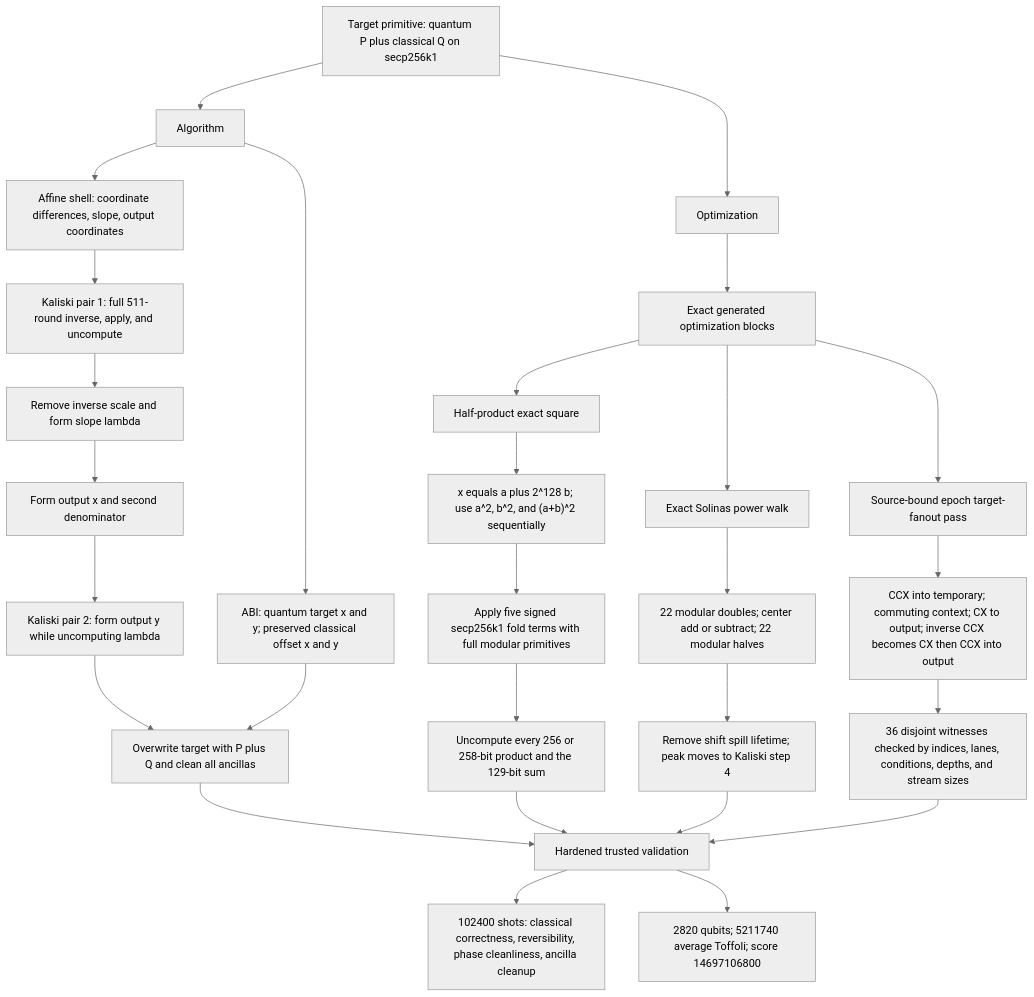
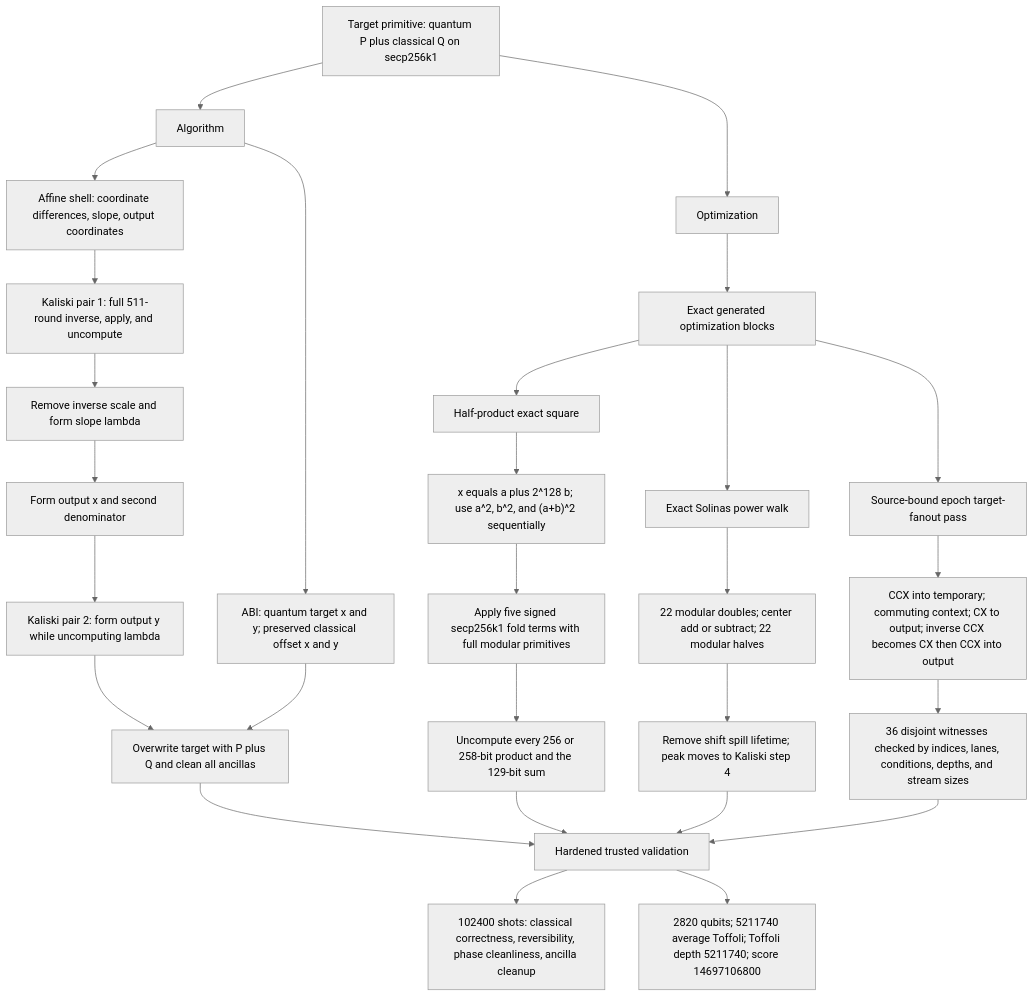
One commit to ecdlp-contest/ecdlp-point-add changed the diagram in src/point_add/architecture.mmd. Above: the diagram before and after it, drawn with Mermaid (neutral theme). The commit also changed 4 other files, not shown here.

```diff
--- a/src/point_add/architecture.mmd
+++ b/src/point_add/architecture.mmd
@@ -1,36 +1,36 @@
 flowchart TD
   Target["Target primitive: quantum P plus classical Q on secp256k1"]
   Algorithm["Algorithm"]
   Optimization["Optimization"]
   Target --> Algorithm
   Target --> Optimization
   Algorithm --> Contract["ABI: quantum target x and y; preserved classical offset x and y"]
   Algorithm --> Affine["Affine shell: coordinate differences, slope, output coordinates"]
   Optimization --> Exact["Exact generated optimization blocks"]
 
   Affine --> Pair1["Kaliski pair 1: full 511-round inverse, apply, and uncompute"]
   Pair1 --> Lambda["Remove inverse scale and form slope lambda"]
   Lambda --> XCoord["Form output x and second denominator"]
   XCoord --> Pair2["Kaliski pair 2: form output y while uncomputing lambda"]
   Pair2 --> Result["Overwrite target with P plus Q and clean all ancillas"]
   Contract --> Result
 
   Exact --> Square["Half-product exact square"]
   Square --> Identity["x equals a plus 2^128 b; use a^2, b^2, and (a+b)^2 sequentially"]
   Identity --> Fold["Apply five signed secp256k1 fold terms with full modular primitives"]
   Fold --> Bennett["Uncompute every 256 or 258-bit product and the 129-bit sum"]
 
   Exact --> Solinas["Exact Solinas power walk"]
   Solinas --> Walk["22 modular doubles; center add or subtract; 22 modular halves"]
   Walk --> Peak["Remove shift spill lifetime; peak moves to Kaliski step 4"]
 
   Exact --> Fanout["Source-bound epoch target-fanout pass"]
   Fanout --> Rule["CCX into temporary; commuting context; CX to output; inverse CCX becomes CX then CCX into output"]
   Rule --> Guard["36 disjoint witnesses checked by indices, lanes, conditions, depths, and stream sizes"]
 
   Result --> Validation["Hardened trusted validation"]
   Bennett --> Validation
   Peak --> Validation
   Guard --> Validation
   Validation --> Checks["102400 shots: classical correctness, reversibility, phase cleanliness, ancilla cleanup"]
-  Validation --> Metrics["2820 qubits; 5211740 average Toffoli; score 14697106800"]
+  Validation --> Metrics["2820 qubits; 5211740 average Toffoli; Toffoli depth 5211740; score 14697106800"]
```
